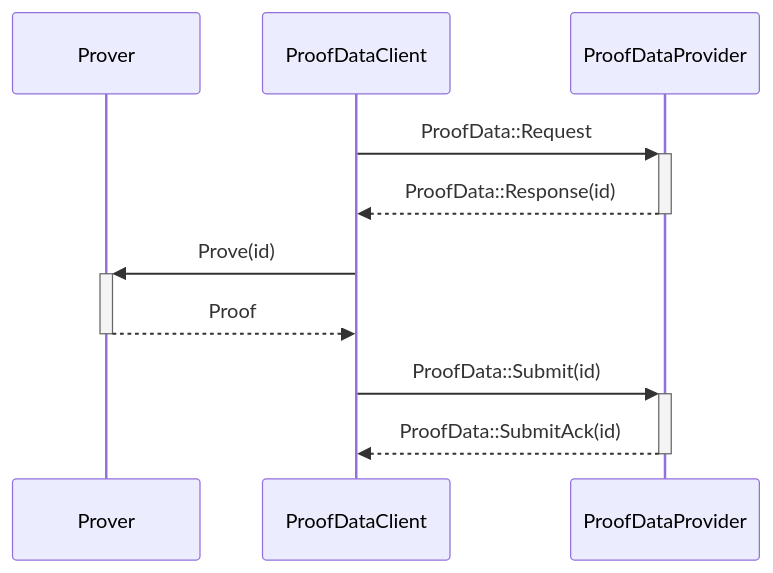
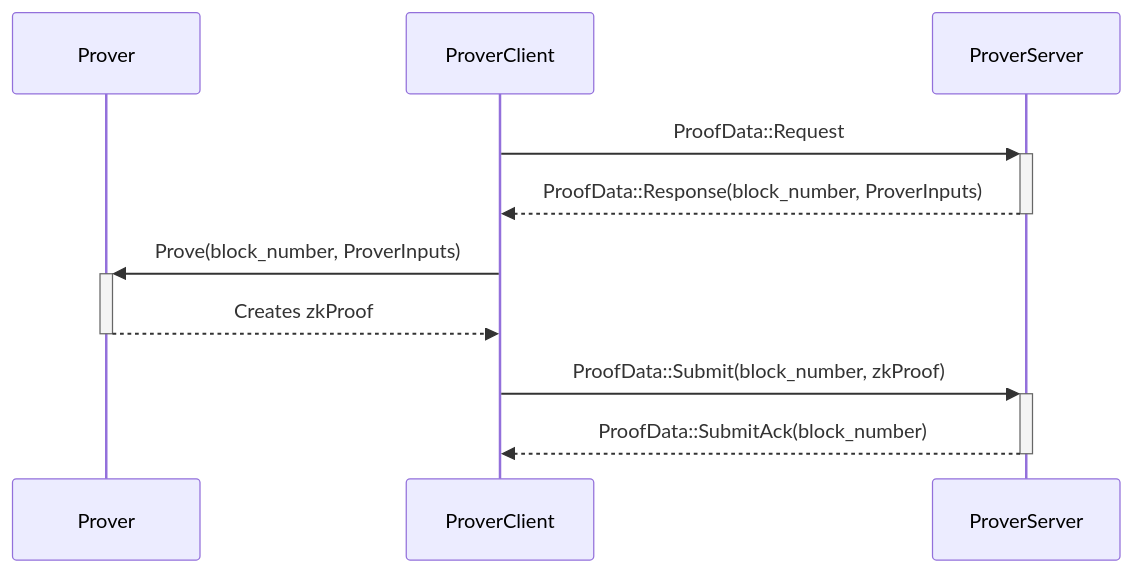
The diagram in crates/l2/docs/prover.md (lambdaclass/lambda_ethereum_rust), drawn with Mermaid before and after one commit. The commit also changed other lines of this file and 6 other files, not shown here.

````diff
--- a/crates/l2/docs/prover.md
+++ b/crates/l2/docs/prover.md
@@ -17,12 +18,12 @@
 ```mermaid
 sequenceDiagram
     participant Prover
-    participant ProofDataClient
-    participant ProofDataProvider
-    ProofDataClient->>+ProofDataProvider: ProofData::Request
-    ProofDataProvider-->>-ProofDataClient: ProofData::Response(id)
-    ProofDataClient->>+Prover: Prove(id)
-    Prover-->>-ProofDataClient: Proof
-    ProofDataClient->>+ProofDataProvider: ProofData::Submit(id)
-    ProofDataProvider-->>-ProofDataClient: ProofData::SubmitAck(id)
+    participant ProverClient
+    participant ProverServer
+    ProverClient->>+ProverServer: ProofData::Request
+    ProverServer-->>-ProverClient: ProofData::Response(block_number, ProverInputs)
+    ProverClient->>+Prover: Prove(block_number, ProverInputs)
+    Prover-->>-ProverClient: Creates zkProof
+    ProverClient->>+ProverServer: ProofData::Submit(block_number, zkProof)
+    ProverServer-->>-ProverClient: ProofData::SubmitAck(block_number)
 ```
````
